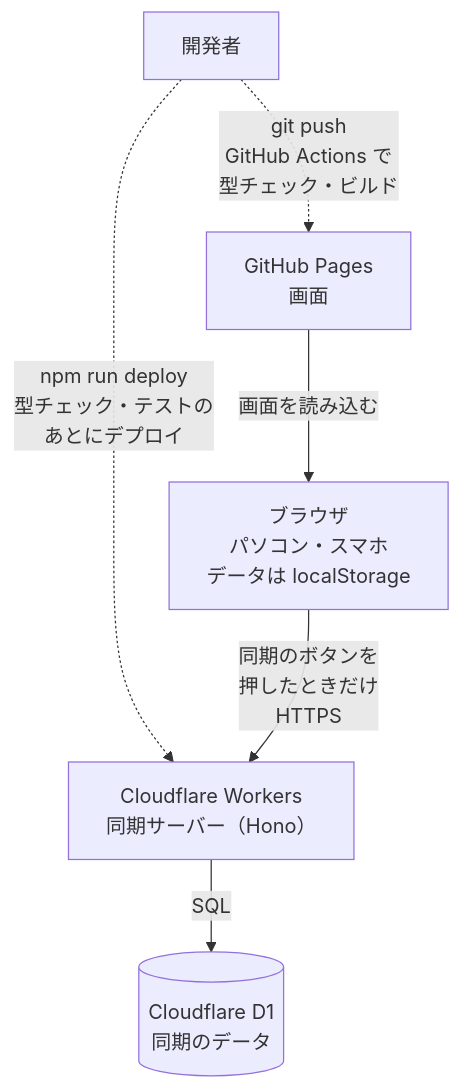
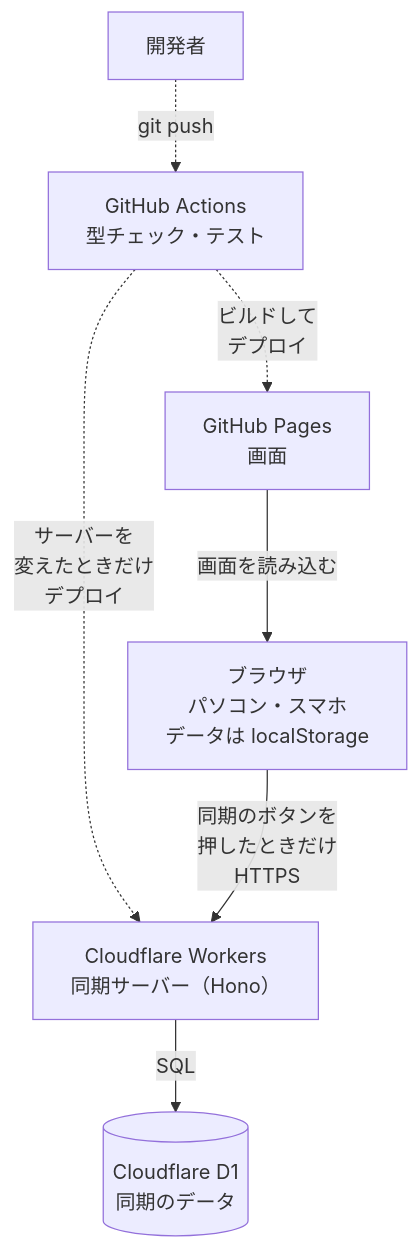
One commit to syugo1142/gbf-tracker changed the diagram in README.md. Above: the diagram before and after it, drawn with Mermaid. The commit also changed other lines of this file and 2 other files, not shown here.

Commit message:
同期サーバーを push で自動でデプロイするようにする

````diff
--- a/README.md
+++ b/README.md
@@ -54,14 +54,16 @@
 ```mermaid
 flowchart TB
   dev["開発者"]
+  actions["GitHub Actions<br>型チェック・テスト"]
   pages["GitHub Pages<br>画面"]
   browser["ブラウザ<br>パソコン・スマホ<br>データは localStorage"]
   worker["Cloudflare Workers<br>同期サーバー（Hono）"]
   d1[("Cloudflare D1<br>同期のデータ")]
 
-  dev -.->|"git push<br>GitHub Actions で<br>型チェック・ビルド"| pages
-  dev -.->|"npm run deploy<br>型チェック・テストの<br>あとにデプロイ"| worker
+  dev -.->|"git push"| actions
+  actions -.->|"ビルドして<br>デプロイ"| pages
+  actions -.->|"サーバーを<br>変えたときだけ<br>デプロイ"| worker
   pages -->|"画面を読み込む"| browser
   browser -->|"同期のボタンを<br>押したときだけ<br>HTTPS"| worker
   worker -->|"SQL"| d1
 ```
````
